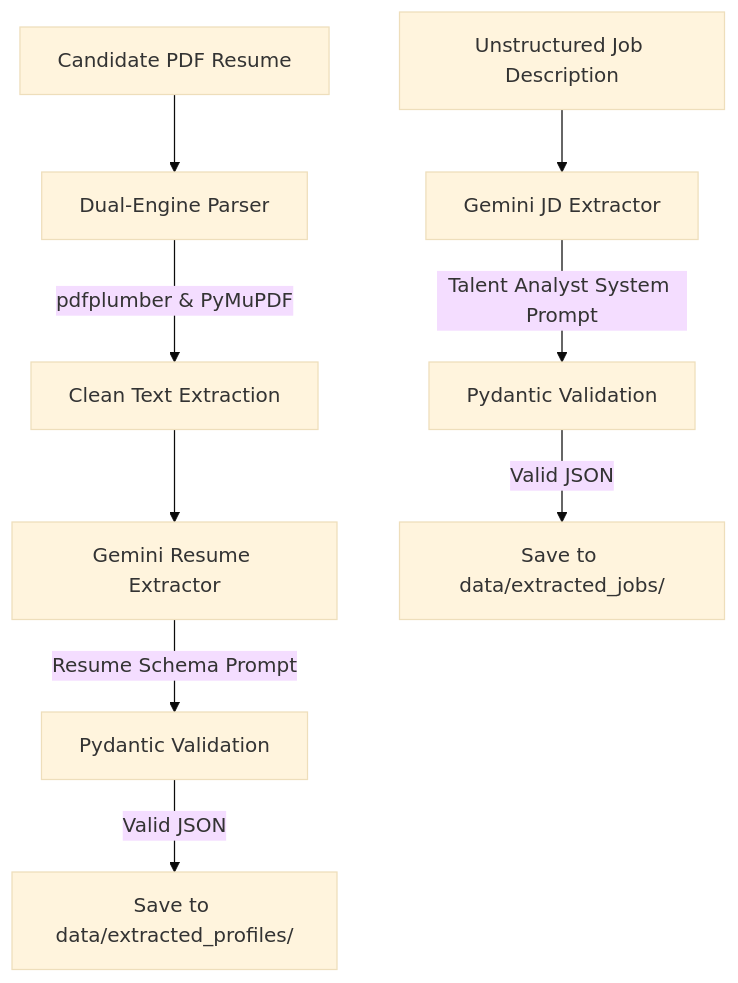
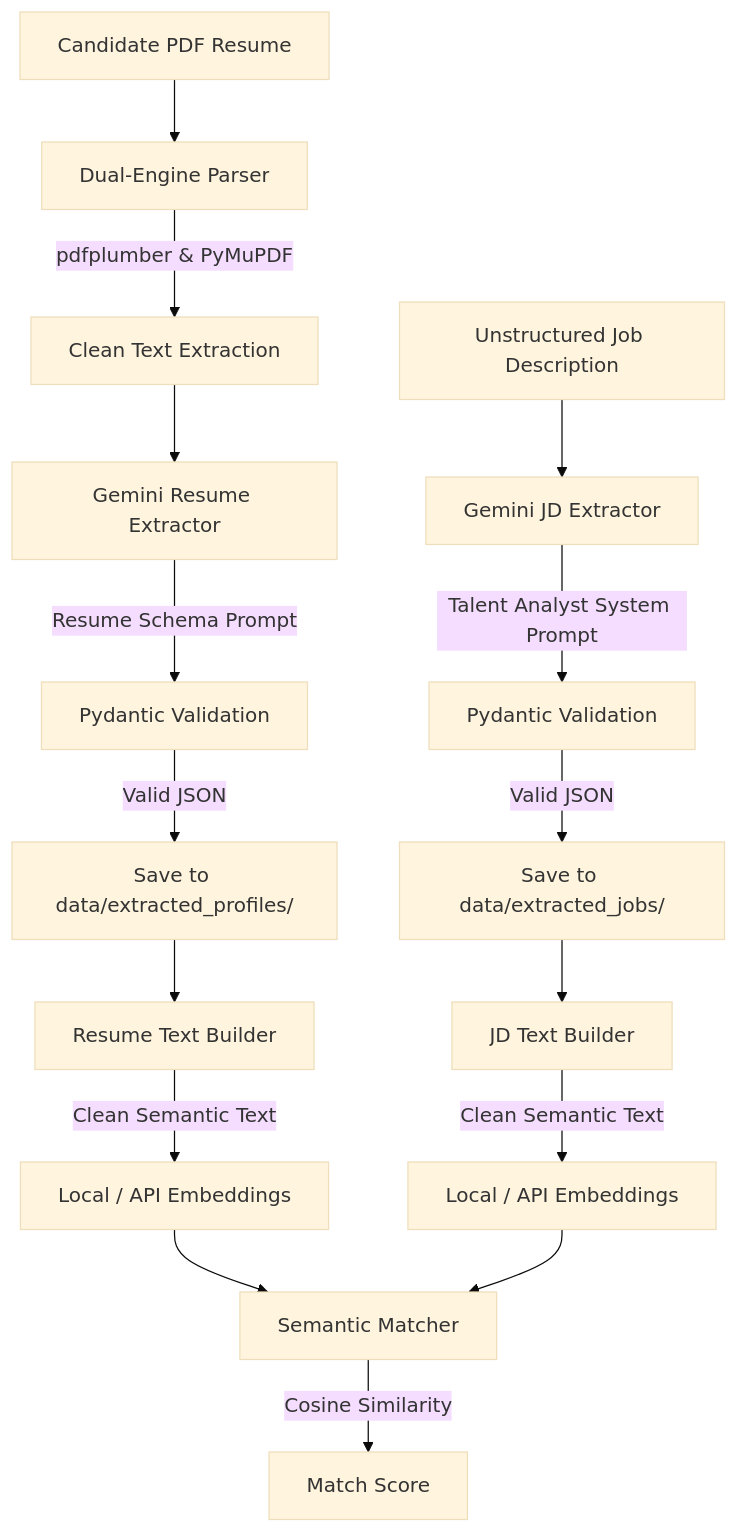
One commit to nishantprasadNP/AI-RECRUITMENT-MODEL changed the diagram in README.md. Above: the diagram before and after it, drawn with Mermaid (base theme). The commit also changed other lines of this file and 11 other files, not shown here.

Commit message:
SKILL GRAPH AND INFERRED SKILLS USING THE GRAPH ADDED SUCCESFULLY

````diff
--- a/README.md
+++ b/README.md
@@ -47,14 +47,23 @@
 ```mermaid
 graph TD
     %% Resume Pipeline
     A1[Candidate PDF Resume] --> B1[Dual-Engine Parser]
     B1 -->|pdfplumber & PyMuPDF| C1[Clean Text Extraction]
     C1 --> D1[Gemini Resume Extractor]
     D1 -->|Resume Schema Prompt| E1[Pydantic Validation]
     E1 -->|Valid JSON| F1[Save to data/extracted_profiles/]
     
     %% JD Pipeline
     A2[Unstructured Job Description] --> B2[Gemini JD Extractor]
     B2 -->|Talent Analyst System Prompt| C2[Pydantic Validation]
     C2 -->|Valid JSON| D2[Save to data/extracted_jobs/]
+
+    %% Embedding & Matcher Pipeline
+    F1 --> G1[Resume Text Builder]
+    D2 --> G2[JD Text Builder]
+    G1 -->|Clean Semantic Text| H1[Local / API Embeddings]
+    G2 -->|Clean Semantic Text| H2[Local / API Embeddings]
+    H1 --> I1[Semantic Matcher]
+    H2 --> I1
+    I1 -->|Cosine Similarity| J1[Match Score]
 ```
````
